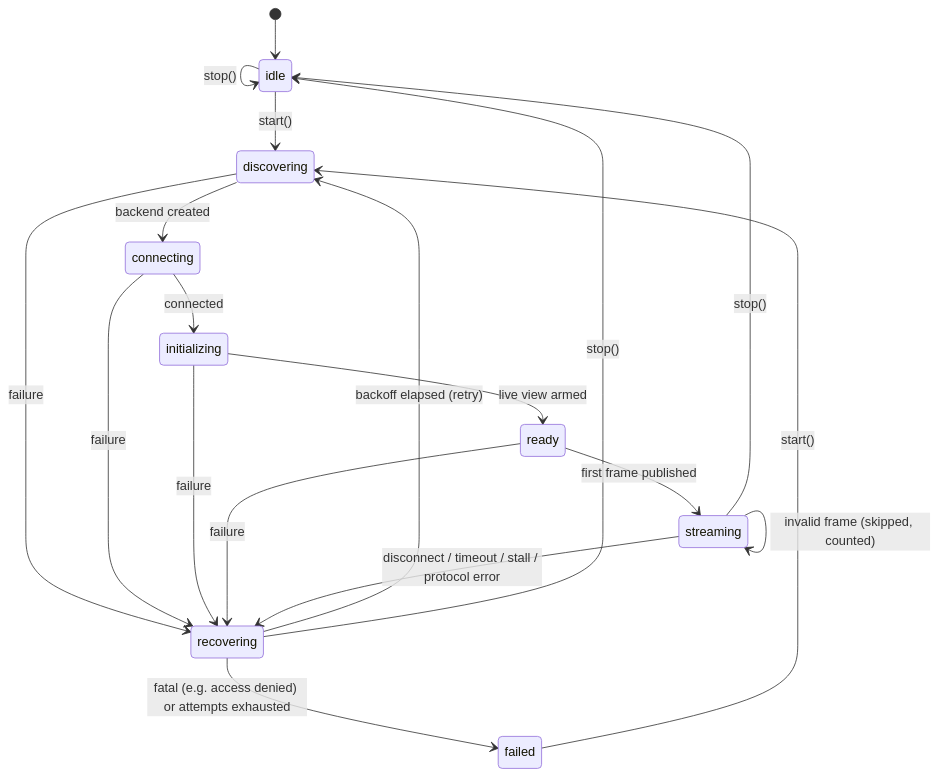
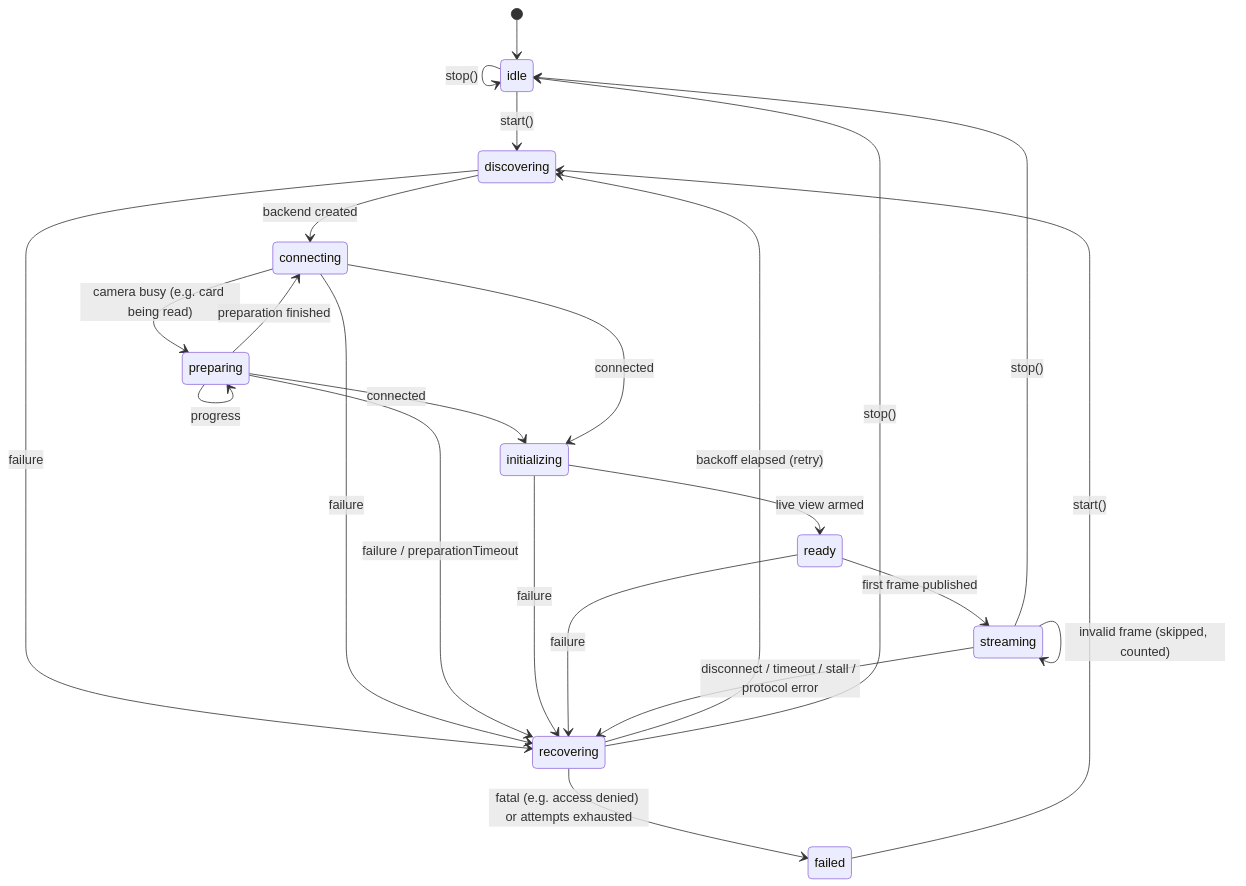
The second of 2 diagrams in docs/architecture.md (andremedeiros/mirrorup), drawn with Mermaid before and after one commit. The commit also changed other lines of this file and 22 other files, not shown here.

````diff
--- a/docs/architecture.md
+++ b/docs/architecture.md
@@ -128,21 +128,26 @@
 ```mermaid
 stateDiagram-v2
     [*] --> idle
     idle --> discovering: start()
     discovering --> connecting: backend created
+    connecting --> preparing: camera busy (e.g. card being read)
+    preparing --> preparing: progress
+    preparing --> connecting: preparation finished
+    preparing --> initializing: connected
     connecting --> initializing: connected
     initializing --> ready: live view armed
     ready --> streaming: first frame published
     discovering --> recovering: failure
     connecting --> recovering: failure
+    preparing --> recovering: failure / preparationTimeout
     initializing --> recovering: failure
     ready --> recovering: failure
     streaming --> recovering: disconnect / timeout / stall / protocol error
     recovering --> discovering: backoff elapsed (retry)
     recovering --> failed: fatal (e.g. access denied) or attempts exhausted
     streaming --> streaming: invalid frame (skipped, counted)
     failed --> discovering: start()
     idle --> idle: stop()
     streaming --> idle: stop()
     recovering --> idle: stop()
 ```
````
